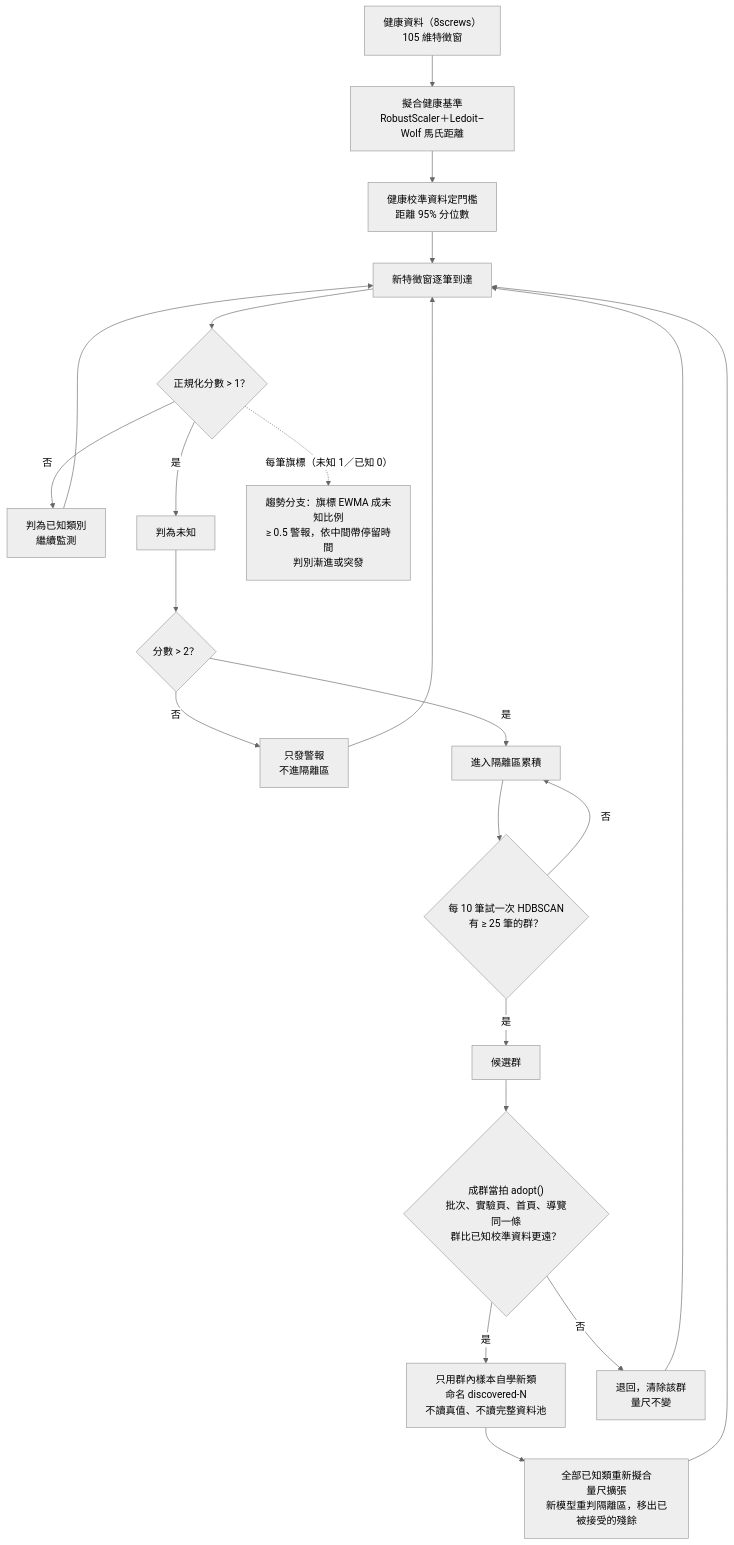
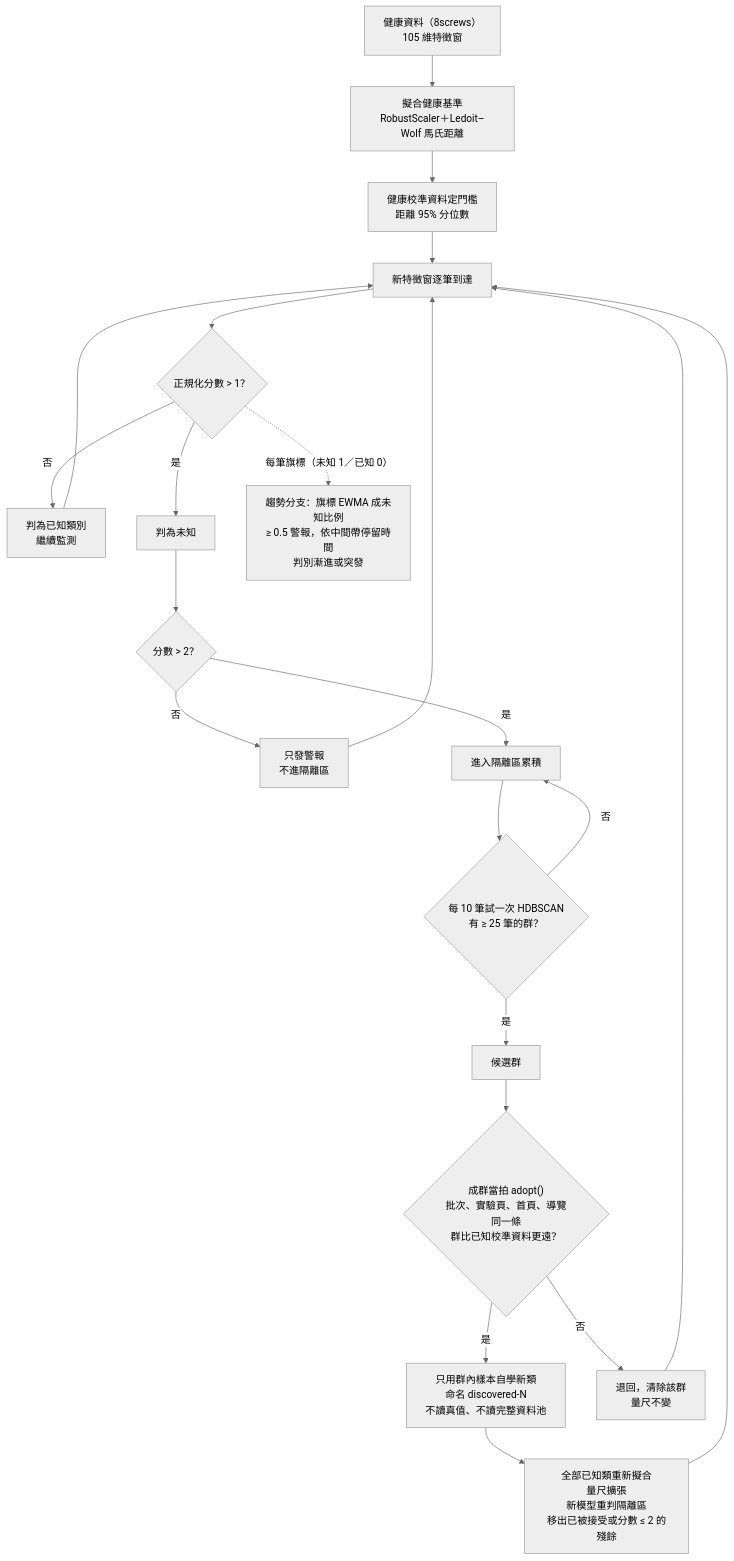
One commit to Drone-Motors-Unknown-Faults-Detection/Capstone-Project changed the diagram in docs/FinalReport/figures/src/fig1-1_研究流程.mmd. Above: the diagram before and after it, drawn with Mermaid (neutral theme). The commit also changed 2 other files, not shown here.

Commit message:
文件(報告)：圖1.1 補上隔離線殘餘清理並重新渲染，重跑 README 延遲範圍改為 52～125
Refs #301

```diff
--- a/docs/FinalReport/figures/src/fig1-1_研究流程.mmd
+++ b/docs/FinalReport/figures/src/fig1-1_研究流程.mmd
@@ -1,22 +1,22 @@
 flowchart TD
   H["健康資料（8screws）<br/>105 維特徵窗"] --> FIT["擬合健康基準<br/>RobustScaler＋Ledoit–Wolf 馬氏距離"]
   FIT --> CAL["健康校準資料定門檻<br/>距離 95% 分位數"]
   CAL --> X["新特徵窗逐筆到達"]
   X --> D{"正規化分數 > 1？"}
   D -- 否 --> K["判為已知類別<br/>繼續監測"]
   D -- 是 --> U["判為未知"]
   D -. "每筆旗標（未知 1／已知 0）" .-> T["趨勢分支：旗標 EWMA 成未知比例<br/>≥ 0.5 警報，依中間帶停留時間<br/>判別漸進或突發"]
   U --> G{"分數 > 2？"}
   G -- 否 --> B["只發警報<br/>不進隔離區"]
   G -- 是 --> Q["進入隔離區累積"]
   Q --> C{"每 10 筆試一次 HDBSCAN<br/>有 ≥ 25 筆的群？"}
   C -- 否 --> Q
   C -- 是 --> P["候選群"]
   P --> A1{"成群當拍 adopt()<br/>批次、實驗頁、首頁、導覽同一條<br/>群比已知校準資料更遠？"}
   A1 -- 是 --> A4["只用群內樣本自學新類<br/>命名 discovered-N<br/>不讀真值、不讀完整資料池"]
   A1 -- 否 --> R["退回，清除該群<br/>量尺不變"]
-  A4 --> RF["全部已知類重新擬合<br/>量尺擴張<br/>新模型重判隔離區，移出已被接受的殘餘"]
+  A4 --> RF["全部已知類重新擬合<br/>量尺擴張<br/>新模型重判隔離區<br/>移出已被接受或分數 ≤ 2 的殘餘"]
   RF --> X
   K --> X
   B --> X
   R --> X
```
